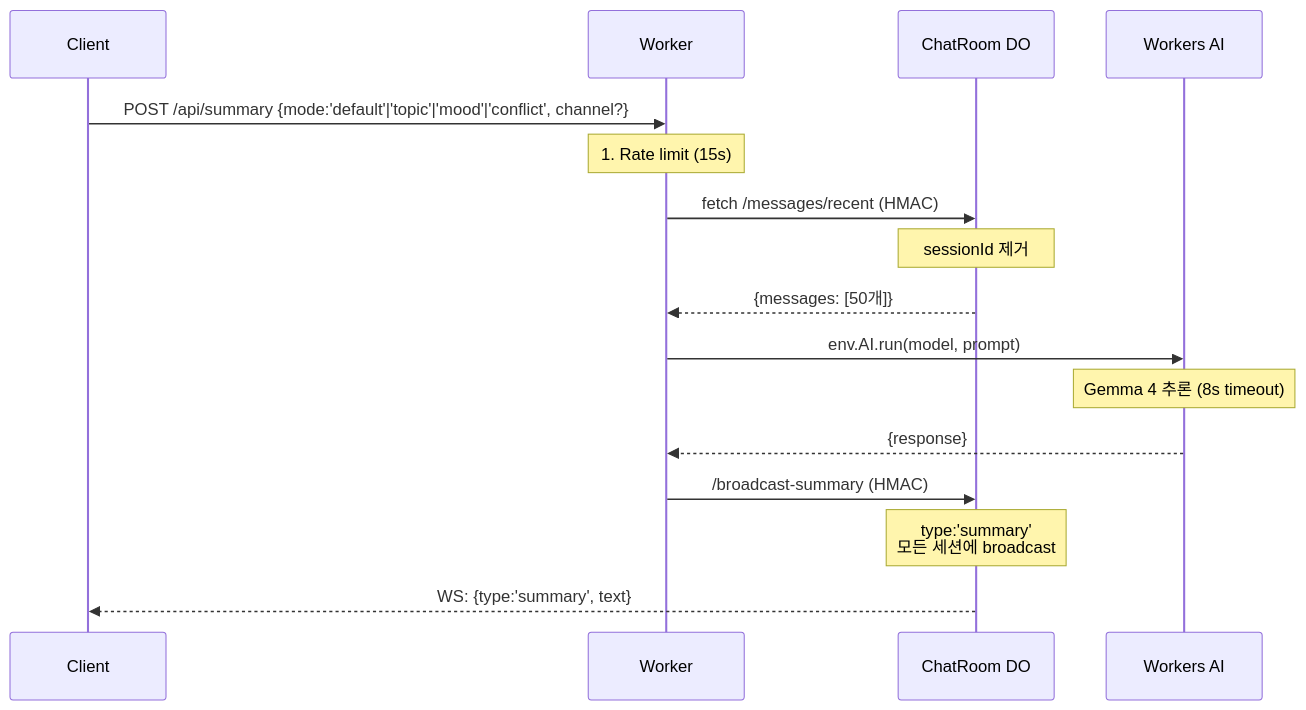
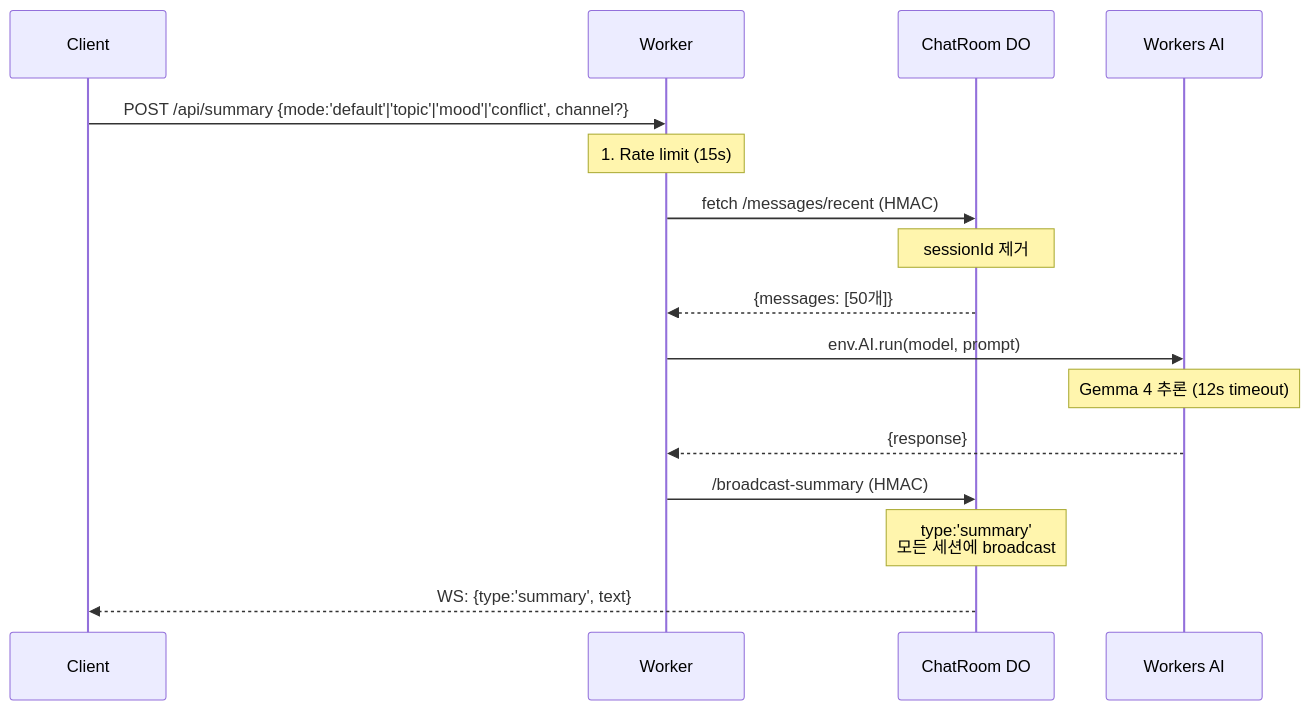
Before and after one commit to gguatit/Anonymous_Chat: the fifth of 7 diagrams in docs/ARCHITECTURE.md, drawn with Mermaid. The commit also changed other lines of this file and 10 other files, not shown here.

````diff
--- a/docs/ARCHITECTURE.md
+++ b/docs/ARCHITECTURE.md
@@ -289,22 +289,22 @@
 ```mermaid
 sequenceDiagram
     participant C as Client
     participant W as Worker
     participant DO as ChatRoom DO
     participant AI as Workers AI
 
     C->>W: POST /api/summary {mode:'default'|'topic'|'mood'|'conflict', channel?}
 
     Note over W: 1. Rate limit (15s)
     W->>DO: fetch /messages/recent (HMAC)
     Note over DO: sessionId 제거
     DO-->>W: {messages: [50개]}
 
     W->>AI: env.AI.run(model, prompt)
-    Note over AI: Gemma 4 추론 (8s timeout)
+    Note over AI: Gemma 4 추론 (12s timeout)
     AI-->>W: {response}
 
     W->>DO: /broadcast-summary (HMAC)
     Note over DO: type:'summary'<br/>모든 세션에 broadcast
     DO-->>C: WS: {type:'summary', text}
 ```
````
